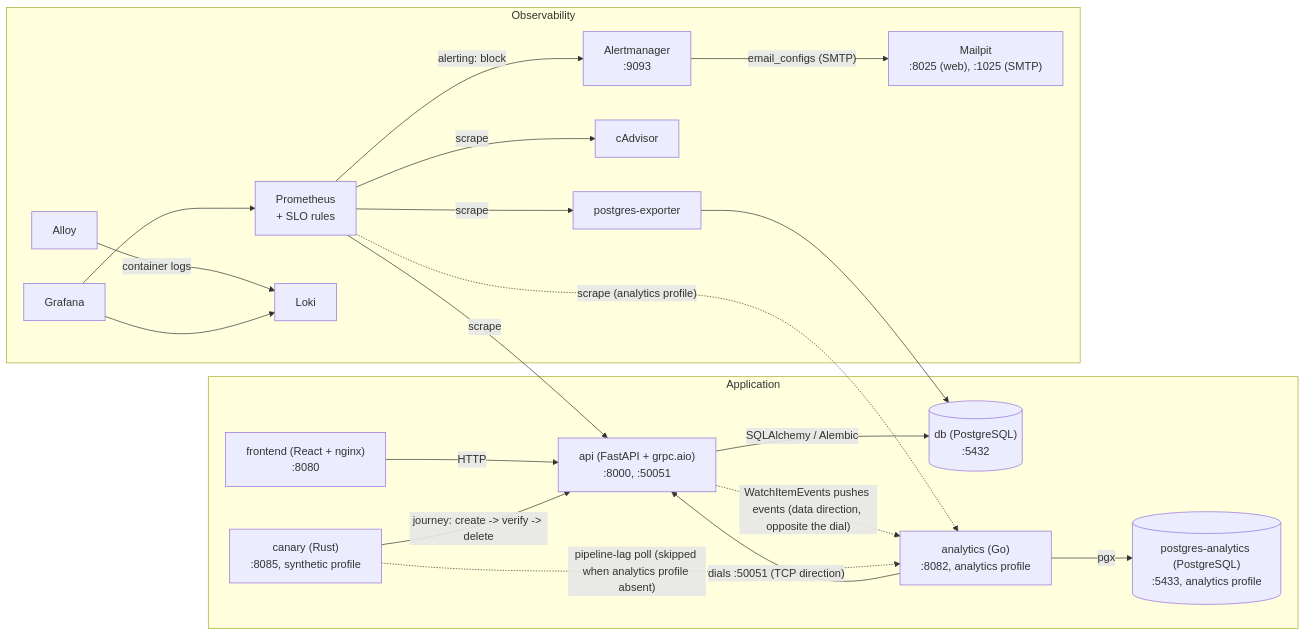
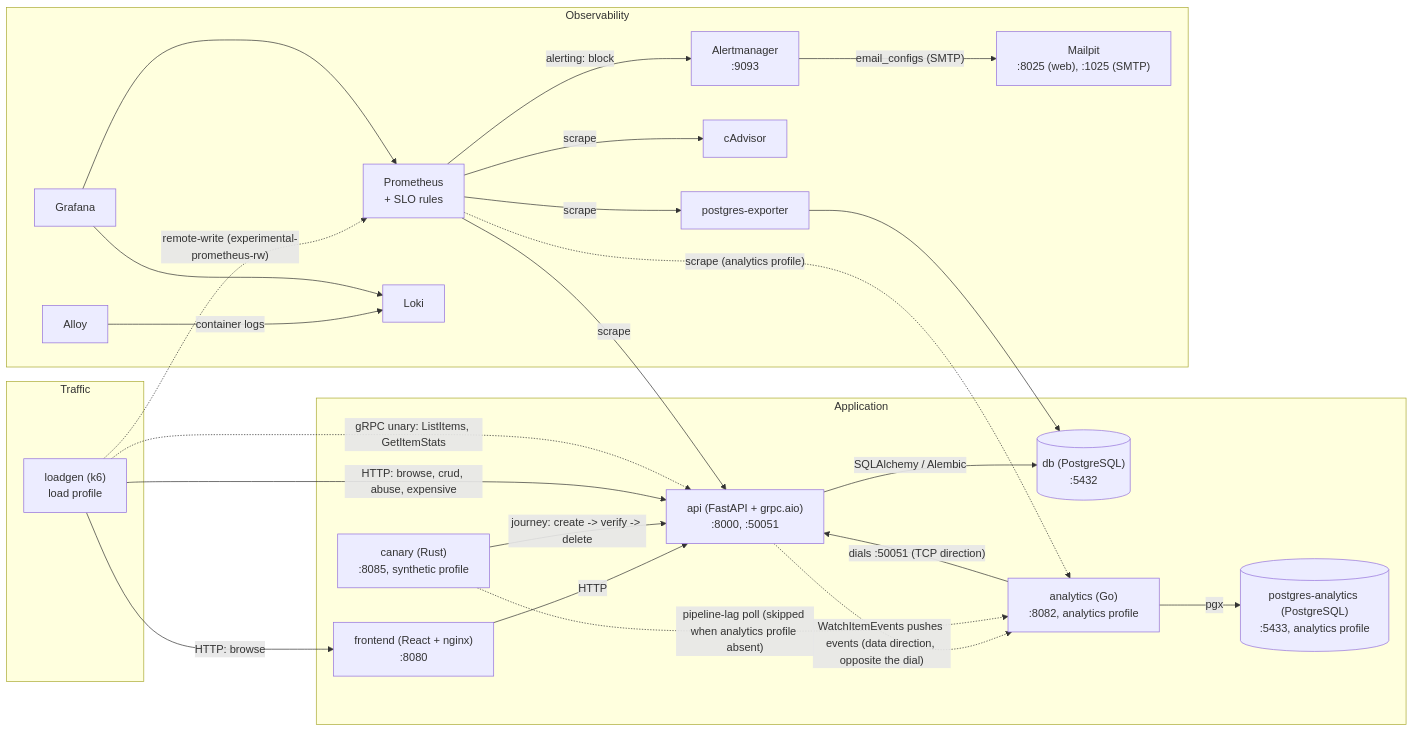
The diagram in docs/architecture.md (vovinacci/devops-demo), drawn with Mermaid before and after one commit. The commit also changed other lines of this file and 18 other files, not shown here.

First line of the commit message:
feat(loadgen): k6 shaped load behind the load profile (#171)

````diff
--- a/docs/architecture.md
+++ b/docs/architecture.md
@@ -8,40 +8,48 @@
 ```mermaid
 flowchart LR
+    subgraph traffic [Traffic]
+        lg["loadgen (k6)<br/>load profile"]
+    end
+
     subgraph app [Application]
         fe["frontend (React + nginx)<br/>:8080"]
         be["api (FastAPI + grpc.aio)<br/>:8000, :50051"]
         pg[("db (PostgreSQL)<br/>:5432")]
         an["analytics (Go)<br/>:8082, analytics profile"]
         pgA[("postgres-analytics (PostgreSQL)<br/>:5433, analytics profile")]
         can["canary (Rust)<br/>:8085, synthetic profile"]
     end
 
     subgraph obs [Observability]
         pgx["postgres-exporter"]
         cad["cAdvisor"]
         prom["Prometheus<br/>+ SLO rules"]
         alloy["Alloy"]
         loki["Loki"]
         graf["Grafana"]
         am["Alertmanager<br/>:9093"]
         mp["Mailpit<br/>:8025 (web), :1025 (SMTP)"]
     end
 
     fe -->|HTTP| be
     be -->|SQLAlchemy / Alembic| pg
     pgx --> pg
     an -->|pgx| pgA
     an -->|"dials :50051 (TCP direction)"| be
     be -.->|"WatchItemEvents pushes events (data direction, opposite the dial)"| an
     can -->|"journey: create -> verify -> delete"| be
     can -.->|"pipeline-lag poll (skipped when analytics profile absent)"| an
+    lg -->|"HTTP: browse, crud, abuse, expensive"| be
+    lg -->|"HTTP: browse"| fe
+    lg -.->|"gRPC unary: ListItems, GetItemStats"| be
+    lg -.->|"remote-write (experimental-prometheus-rw)"| prom
     prom -->|scrape| be
     prom -->|scrape| pgx
     prom -->|scrape| cad
     prom -.->|"scrape (analytics profile)"| an
     alloy -->|container logs| loki
     graf --> prom
     graf --> loki
     prom -->|"alerting: block"| am
     am -->|"email_configs (SMTP)"| mp
 ```
````
